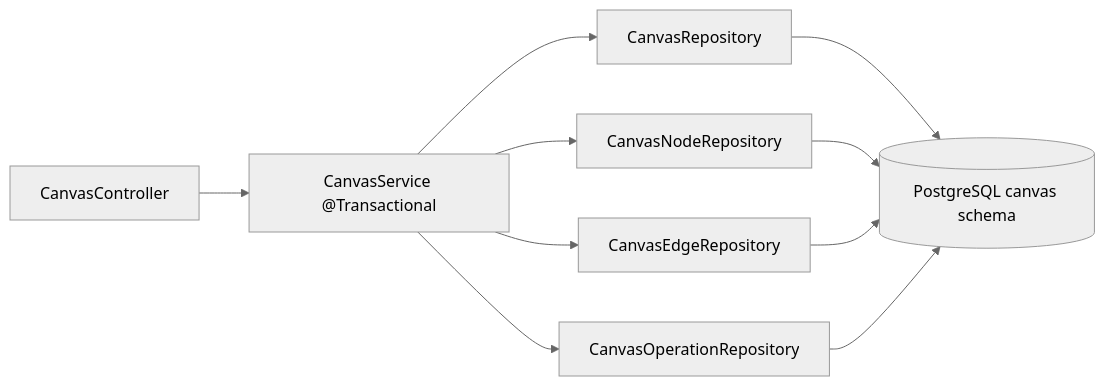
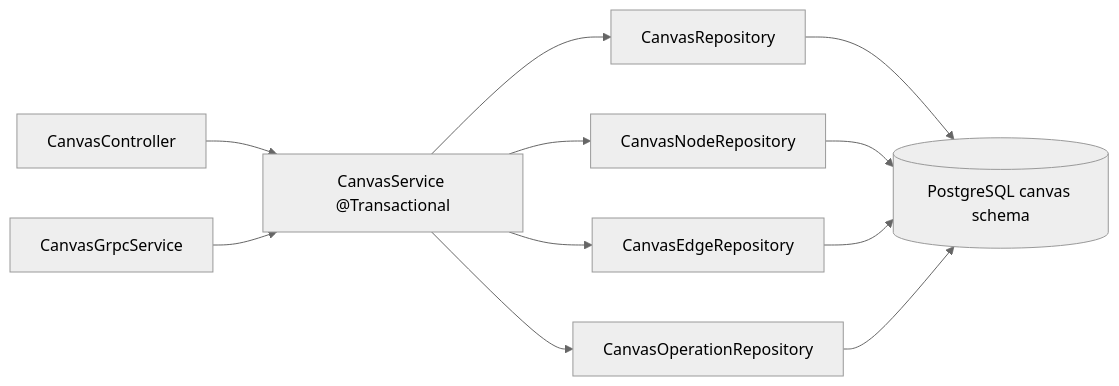
One commit to FuJacob/leetdoodle changed the first of 6 diagrams in docs/backend/architecture/components.md. Above: the diagram before and after it, drawn with Mermaid (neutral theme). The commit also changed other lines of this file and 16 other files, not shown here.

````diff
--- a/docs/backend/architecture/components.md
+++ b/docs/backend/architecture/components.md
@@ -7,20 +7,22 @@
 ```mermaid
 flowchart LR
     CC[CanvasController]
+    CG[CanvasGrpcService]
     CS[CanvasService @Transactional]
     CAR[CanvasRepository]
     CNR[CanvasNodeRepository]
     CER[CanvasEdgeRepository]
     COR[CanvasOperationRepository]
     PG[(PostgreSQL canvas schema)]
 
     CC --> CS
+    CG --> CS
     CS --> CAR
     CS --> CNR
     CS --> CER
     CS --> COR
     CAR --> PG
     CNR --> PG
     CER --> PG
     COR --> PG
 ```
````
